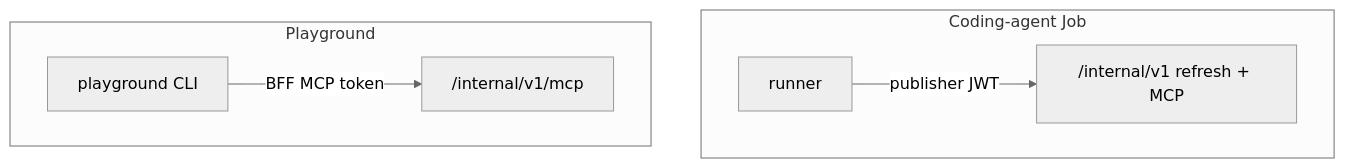
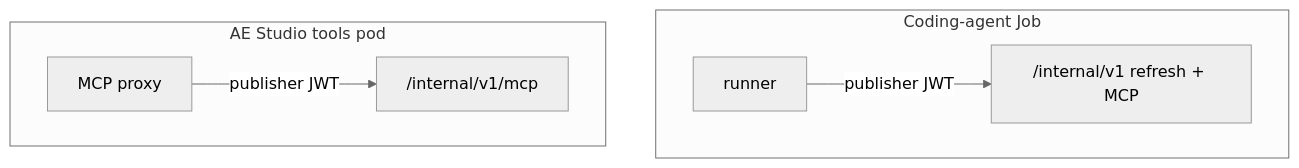
The third of 3 diagrams in services/aep-api/internal/delivery/codingagent/design/oc-job-dispatch.md (wso2/labs-agentic-engineer), drawn with Mermaid (neutral theme) before and after one commit. The commit also changed other lines of this file and 21 other files, not shown here.

First line of the commit message:
feat(aep-api): /internal/v1/mcp accepts the publisher token only; remote-git moves to the runner

````diff
--- a/services/aep-api/internal/delivery/codingagent/design/oc-job-dispatch.md
+++ b/services/aep-api/internal/delivery/codingagent/design/oc-job-dispatch.md
@@ -102,9 +102,9 @@
 ```mermaid
 flowchart TB
   subgraph job [Coding-agent Job]
     J[runner] -->|publisher JWT| R["/internal/v1 refresh + MCP"]
   end
-  subgraph design [Playground]
-    D[playground CLI] -->|BFF MCP token| C["/internal/v1/mcp"]
+  subgraph studio [AE Studio tools pod]
+    P[MCP proxy] -->|publisher JWT| C["/internal/v1/mcp"]
   end
 ```
````
